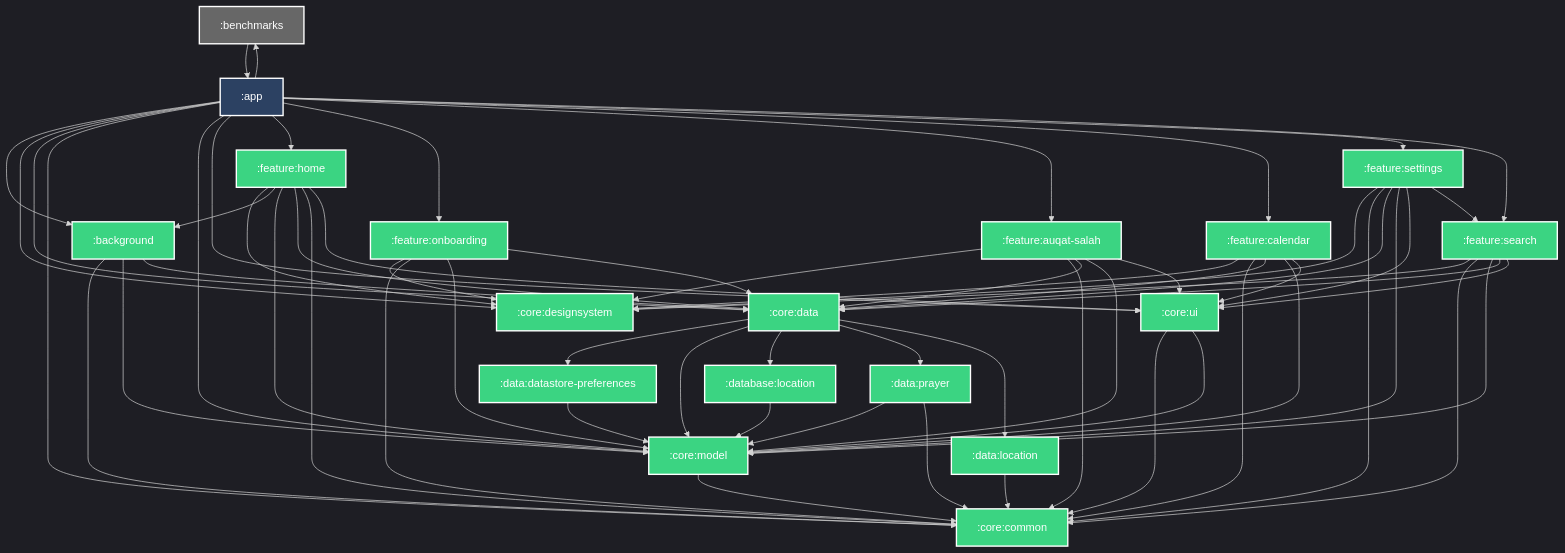
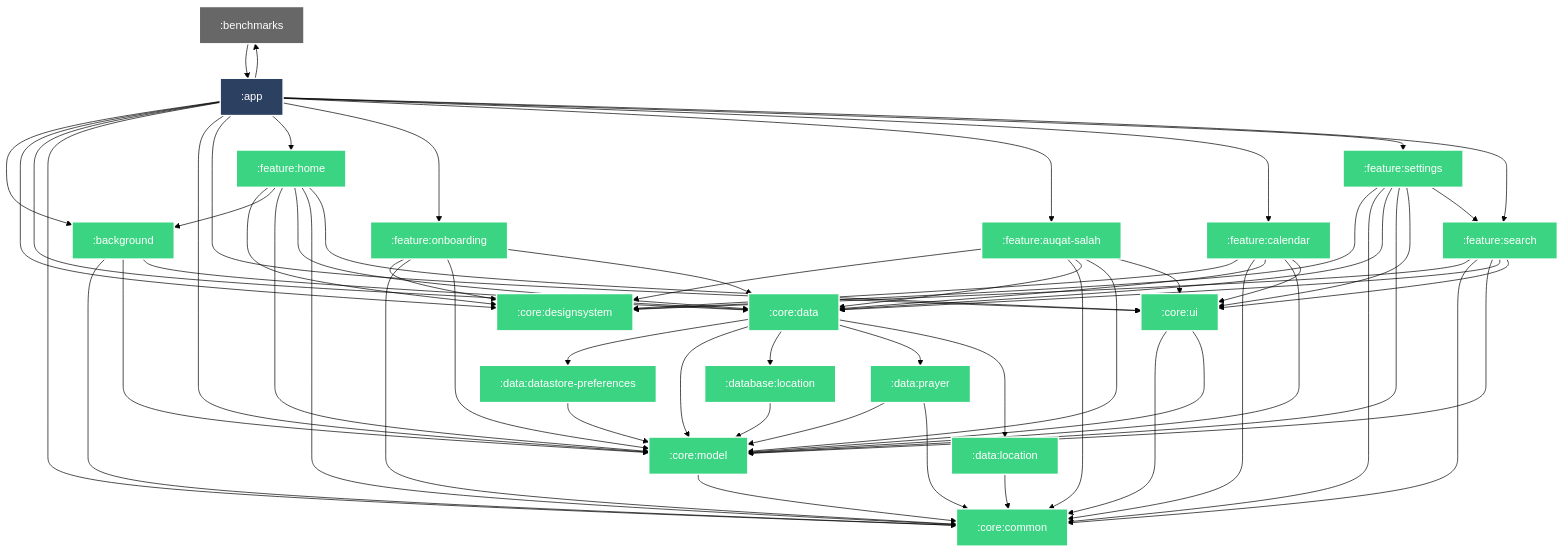
Before and after one commit to MAshhal/VencordThemes: the diagram in README.md, drawn with Mermaid.

````diff
--- a/README.md
+++ b/README.md
@@ -3,7 +3,7 @@
 ```mermaid
 %%{
   init: {
-    'theme': 'dark'
+    'theme': 'forest'
   }
 }%%
 
````
